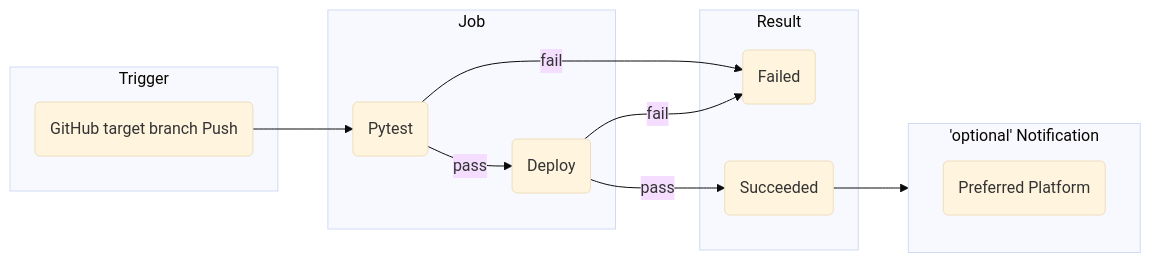
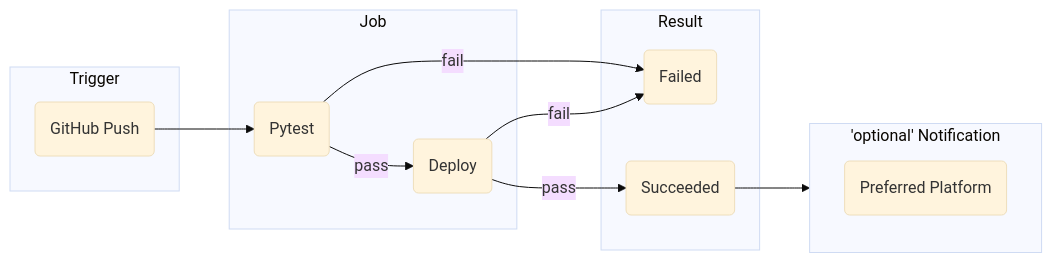
The diagram in README.md (dongju93/cooking-recipe-api), drawn with Mermaid (base theme) before and after one commit.

Commit message:
:memo: Github action is triggered any branch #1

````diff
--- a/README.md
+++ b/README.md
@@ -101,23 +101,23 @@
 ```mermaid
 flowchart LR
     subgraph Trigger
-        A(GitHub target branch Push)
+        A(GitHub Push)
     end
     A --> B
     subgraph Job
         B(Pytest)
         C(Deploy)
     end
     B --pass--> C
     B --fail--> E
     C --pass--> D
     C --fail--> E
     subgraph Result
         D(Succeeded)
         E(Failed)
     end
     D --> G
     subgraph G['optional' Notification]
         F(Preferred Platform)
     end
 ```
````
